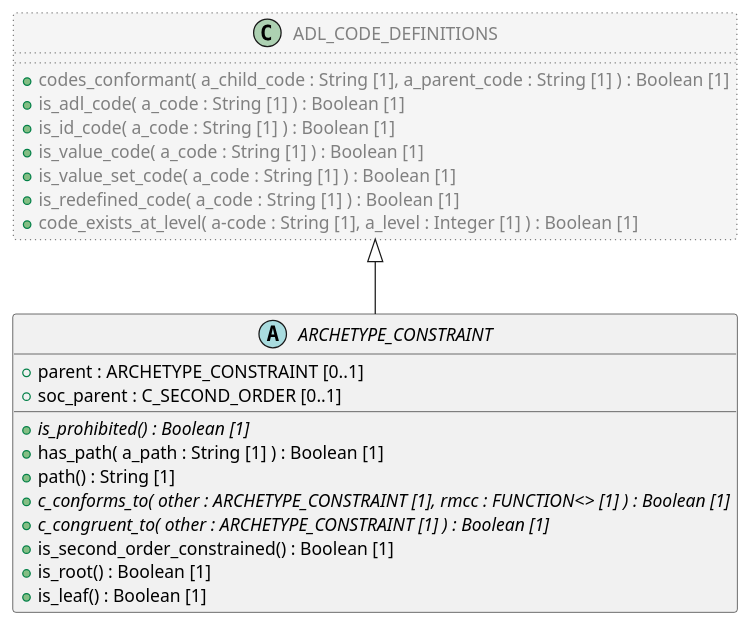
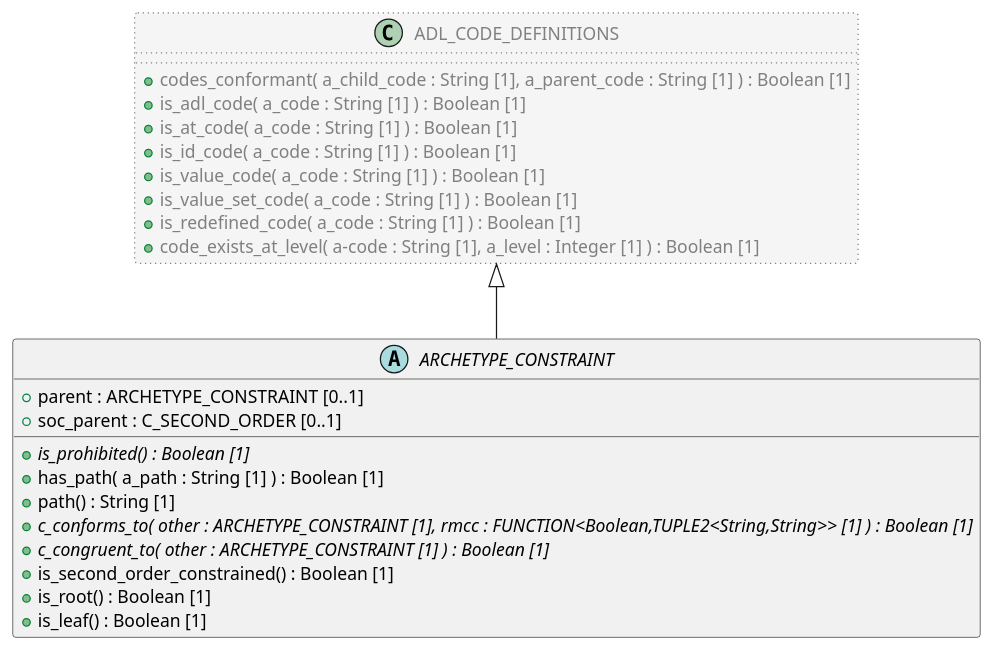
The diagram in code/Adoc/openehr_am_2.4.0/plantUML/classes/aom2.archetype_constraint.adoc (sebastian-iancu/code-generator), drawn with PlantUML before and after one commit. The commit also changed 299 other files, not shown here.

```diff
--- a/code/Adoc/openehr_am_2.4.0/plantUML/classes/aom2.archetype_constraint.adoc
+++ b/code/Adoc/openehr_am_2.4.0/plantUML/classes/aom2.archetype_constraint.adoc
@@ -1,32 +1,33 @@
 [plantuml,ARCHETYPE_CONSTRAINT,format=svg]
 -----
 @startuml
 
 abstract class ARCHETYPE_CONSTRAINT {
   + parent : ARCHETYPE_CONSTRAINT [0..1]
   + soc_parent : C_SECOND_ORDER [0..1]
   + {abstract} is_prohibited() : Boolean [1]
   + has_path( a_path : String [1] ) : Boolean [1]
   + path() : String [1]
-  + {abstract} c_conforms_to( other : ARCHETYPE_CONSTRAINT [1], rmcc : FUNCTION<> [1] ) : Boolean [1]
+  + {abstract} c_conforms_to( other : ARCHETYPE_CONSTRAINT [1], rmcc : FUNCTION<Boolean,TUPLE2<String,String>> [1] ) : Boolean [1]
   + {abstract} c_congruent_to( other : ARCHETYPE_CONSTRAINT [1] ) : Boolean [1]
   + is_second_order_constrained() : Boolean [1]
   + is_root() : Boolean [1]
   + is_leaf() : Boolean [1]
 }
 
 class ADL_CODE_DEFINITIONS  #whitesmoke;line:gray;line.dotted;text:gray {
   + codes_conformant( a_child_code : String [1], a_parent_code : String [1] ) : Boolean [1]
   + is_adl_code( a_code : String [1] ) : Boolean [1]
+  + is_at_code( a_code : String [1] ) : Boolean [1]
   + is_id_code( a_code : String [1] ) : Boolean [1]
   + is_value_code( a_code : String [1] ) : Boolean [1]
   + is_value_set_code( a_code : String [1] ) : Boolean [1]
   + is_redefined_code( a_code : String [1] ) : Boolean [1]
   + code_exists_at_level( a-code : String [1], a_level : Integer [1] ) : Boolean [1]
 }
 
 ADL_CODE_DEFINITIONS <|-- ARCHETYPE_CONSTRAINT
 
 
 @enduml
 -----
```
